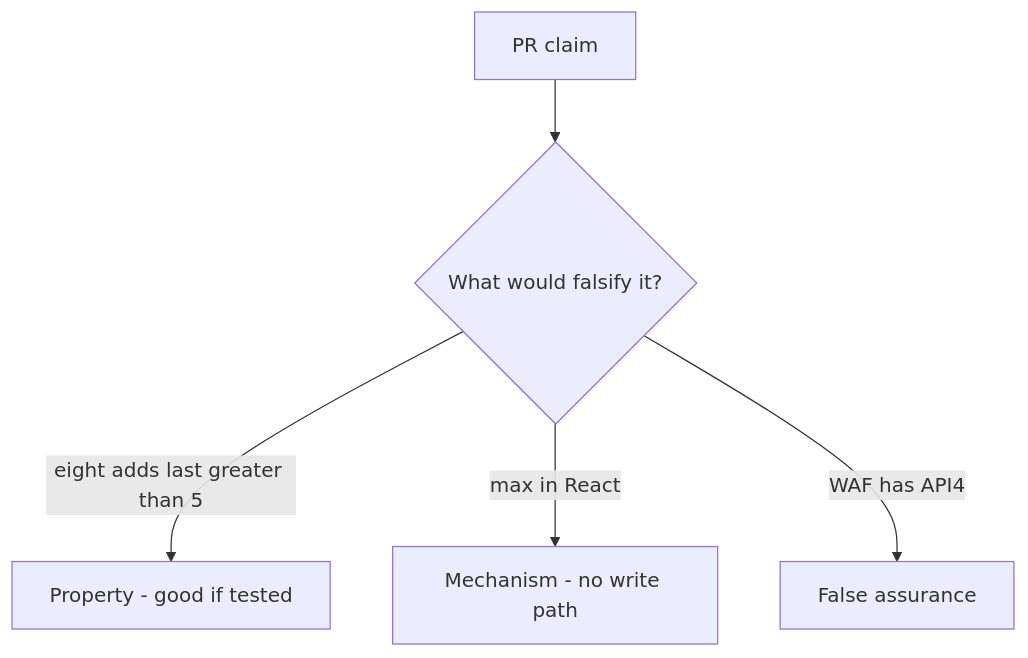
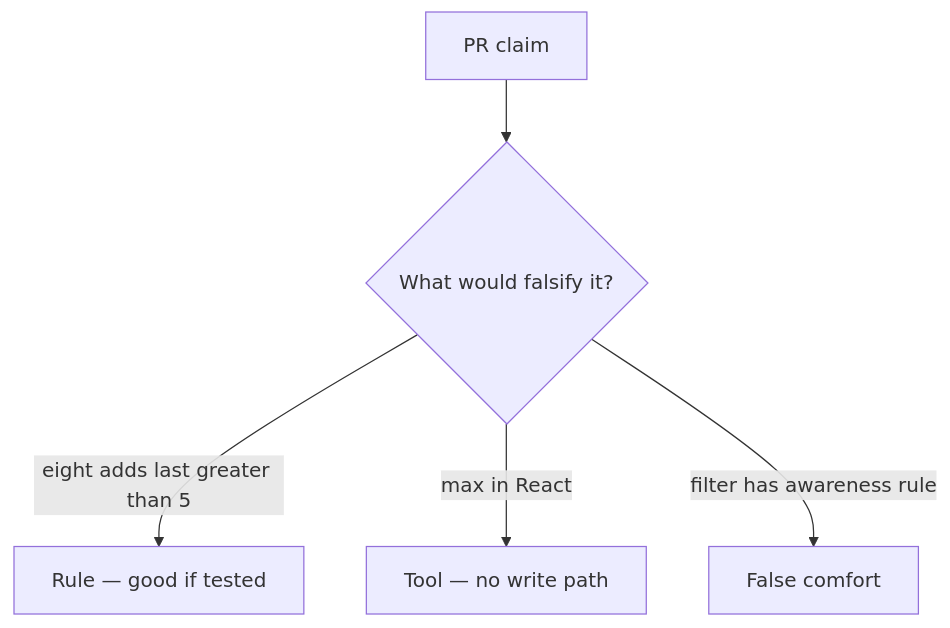
One commit to ishitvagoel/LearnSecurity changed the diagram in content/modules/3/3.4/lessons/08-review.md. Above: the diagram before and after it, drawn with Mermaid. The commit also changed other lines of this file and 31 other files, not shown here.

````diff
--- a/content/modules/3/3.4/lessons/08-review.md
+++ b/content/modules/3/3.4/lessons/08-review.md
@@ -17,7 +18,7 @@
 ```mermaid
 flowchart TD
   Claim[PR claim] --> Q{"What would falsify it?"}
-  Q -->|"eight adds last greater than 5"| Property["Property - good if tested"]
-  Q -->|"max in React"| Mechanism[Mechanism - no write path]
-  Q -->|"WAF has API4"| False[False assurance]
+  Q -->|"eight adds last greater than 5"| Property["Rule — good if tested"]
+  Q -->|"max in React"| Mechanism[Tool — no write path]
+  Q -->|"filter has awareness rule"| False[False comfort]
 ```
````
